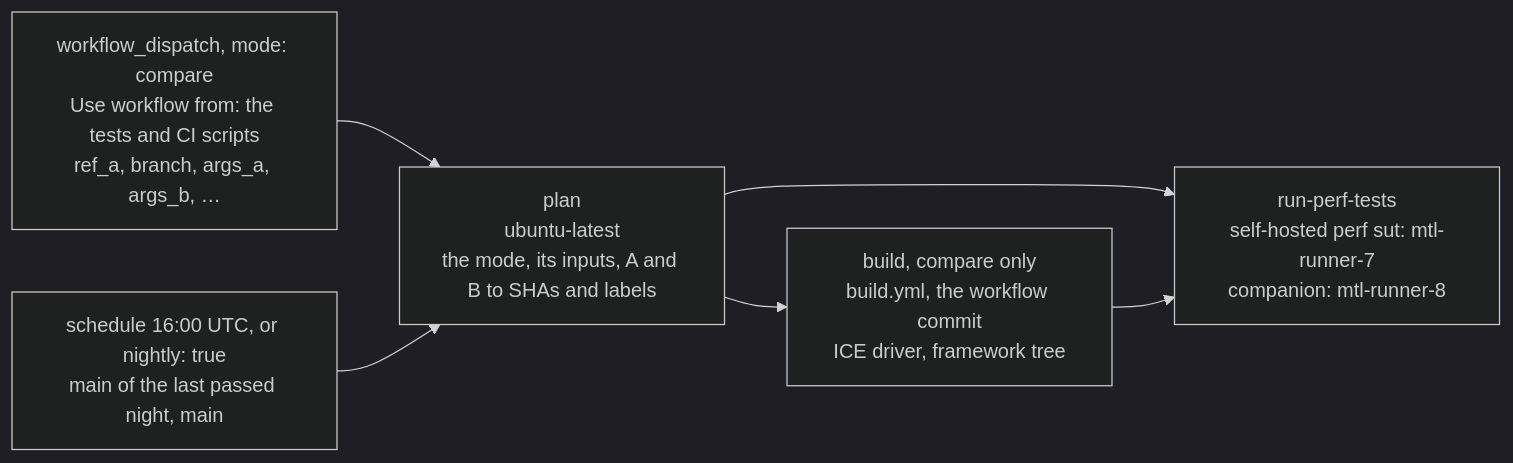
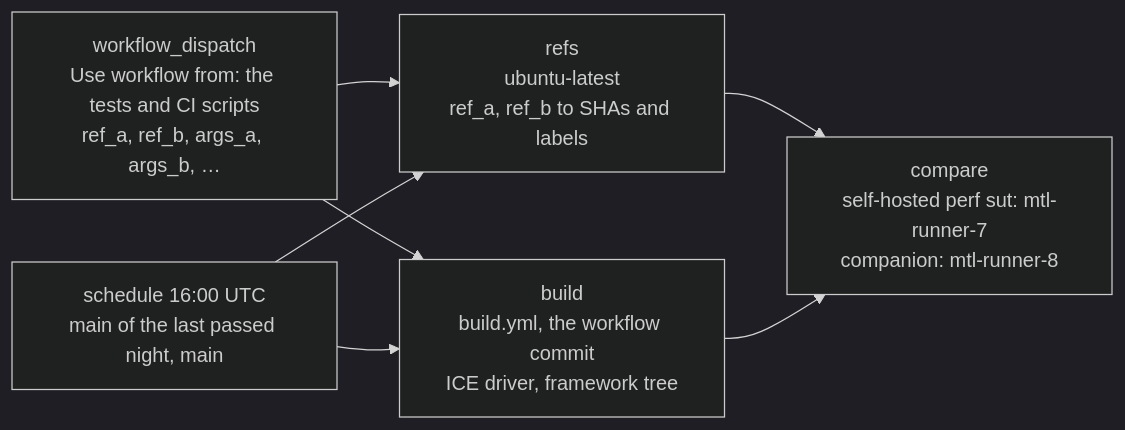
Before and after one commit to OpenVisualCloud/Media-Transport-Library: the diagram in doc/perf_compare.md, drawn with Mermaid (dark theme). The commit also changed other lines of this file and 10 other files, not shown here.

First line of the commit message:
Ci: Give perf-compare its own dispatch form again

````diff
--- a/doc/perf_compare.md
+++ b/doc/perf_compare.md
@@ -500,9 +492,10 @@
 ```mermaid
 flowchart LR
-  dispatch["workflow_dispatch, mode: compare<br/>Use workflow from: the tests and CI scripts<br/>ref_a, branch, args_a, args_b, …"] --> plan
-  nightly["schedule 16:00 UTC, or nightly: true<br/>main of the last passed night, main"] --> plan
-  plan["plan<br/>ubuntu-latest<br/>the mode, its inputs, A and B to SHAs and labels"] --> build
-  plan --> run
-  build["build, compare only<br/>build.yml, the workflow commit<br/>ICE driver, framework tree"] --> run
-  run["run-perf-tests<br/>self-hosted perf sut: mtl-runner-7<br/>companion: mtl-runner-8"]
+  dispatch["workflow_dispatch<br/>Use workflow from: the tests and CI scripts<br/>ref_a, ref_b, args_a, args_b, …"] --> refs
+  nightly["schedule 16:00 UTC<br/>main of the last passed night, main"] --> refs
+  dispatch --> build
+  nightly --> build
+  refs["refs<br/>ubuntu-latest<br/>ref_a, ref_b to SHAs and labels"] --> compare
+  build["build<br/>build.yml, the workflow commit<br/>ICE driver, framework tree"] --> compare
+  compare["compare<br/>self-hosted perf sut: mtl-runner-7<br/>companion: mtl-runner-8"]
 ```
````
